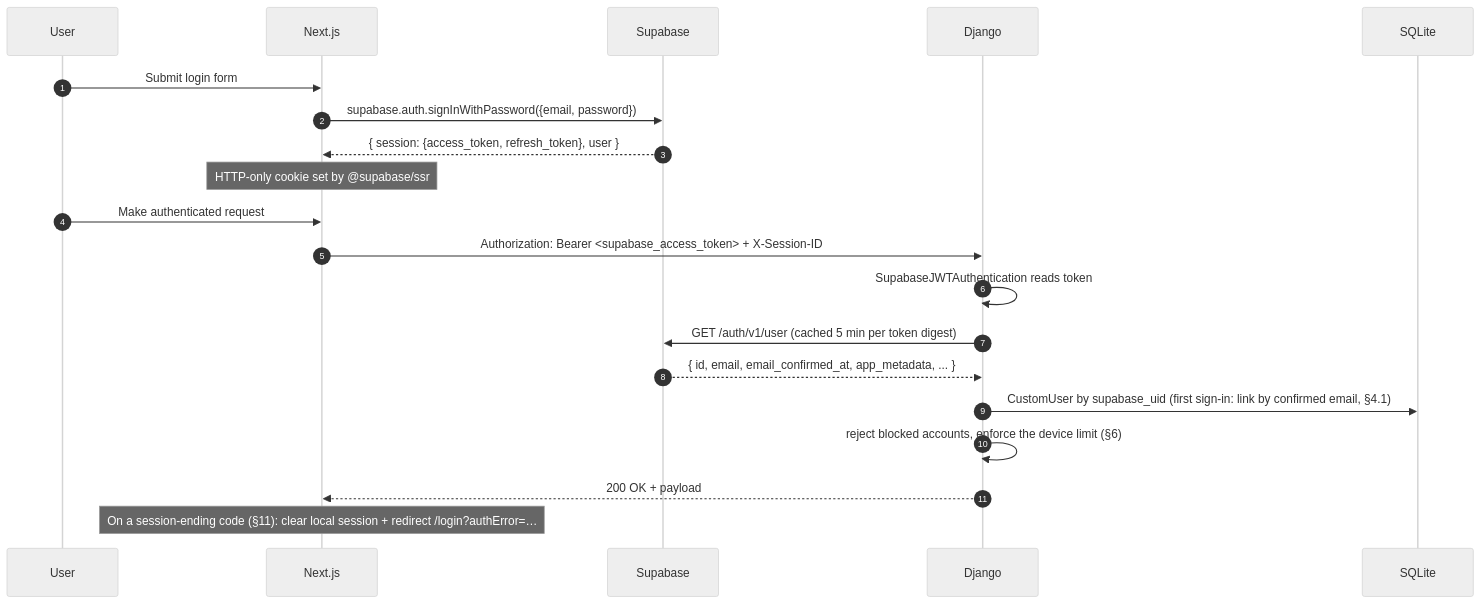
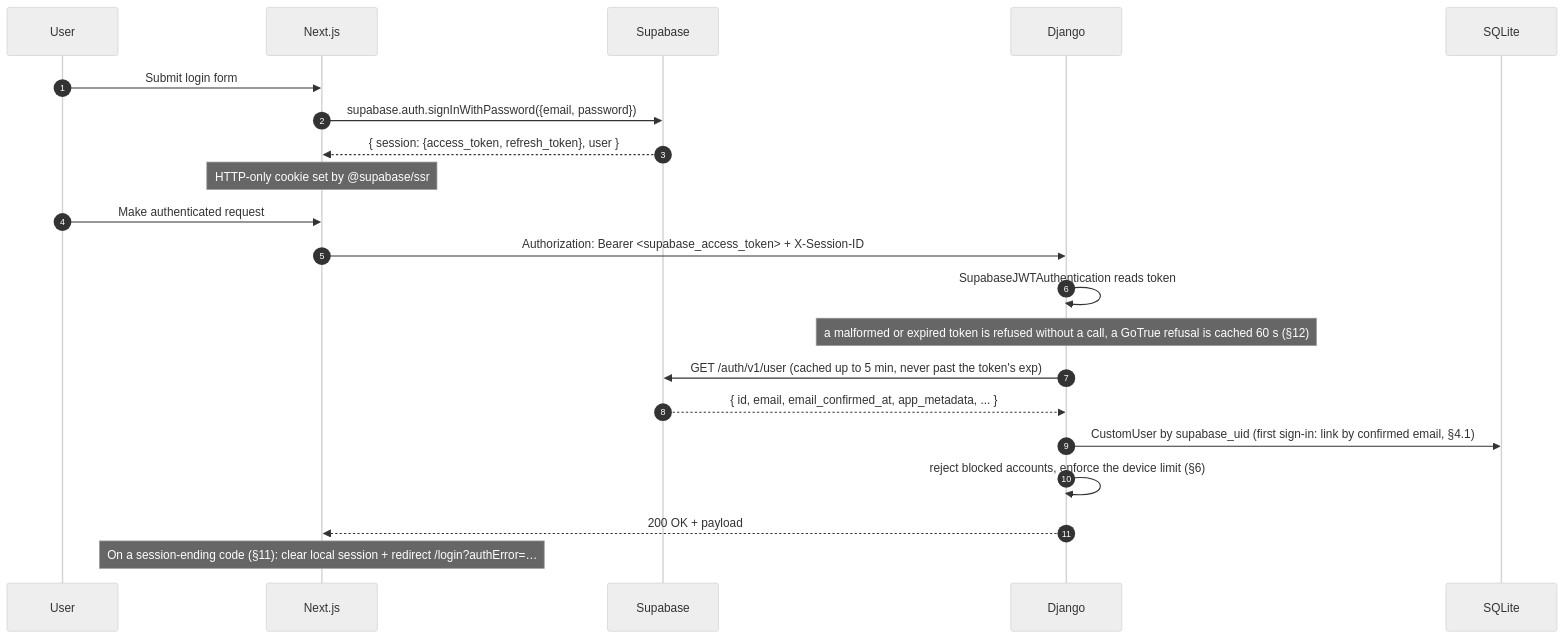
The third of 6 diagrams in docs/AUTHENTICATION.md (Divyanshu1Dubey/Crack_Me_AI), drawn with Mermaid (neutral theme) before and after one commit. The commit also changed other lines of this file and 7 other files, not shown here.

````diff
--- a/docs/AUTHENTICATION.md
+++ b/docs/AUTHENTICATION.md
@@ -87,23 +87,24 @@
 ```mermaid
 sequenceDiagram
     autonumber
     participant U as User
     participant FE as Next.js
     participant SB as Supabase
     participant API as Django
     participant DB as SQLite
 
     U->>FE: Submit login form
     FE->>SB: supabase.auth.signInWithPassword({email, password})
     SB-->>FE: { session: {access_token, refresh_token}, user }
     Note over FE: HTTP-only cookie set by @supabase/ssr
     U->>FE: Make authenticated request
     FE->>API: Authorization: Bearer <supabase_access_token> + X-Session-ID
     API->>API: SupabaseJWTAuthentication reads token
-    API->>SB: GET /auth/v1/user (cached 5 min per token digest)
+    Note over API: a malformed or expired token is refused without a call, a GoTrue refusal is cached 60 s (§12)
+    API->>SB: GET /auth/v1/user (cached up to 5 min, never past the token's exp)
     SB-->>API: { id, email, email_confirmed_at, app_metadata, ... }
     API->>DB: CustomUser by supabase_uid (first sign-in: link by confirmed email, §4.1)
     API->>API: reject blocked accounts, enforce the device limit (§6)
     API-->>FE: 200 OK + payload
     Note over FE: On a session-ending code (§11): clear local session + redirect /login?authError=…
 ```
````
